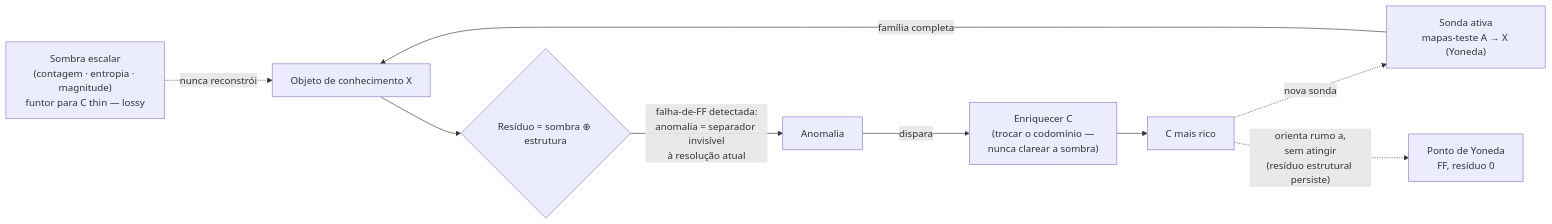
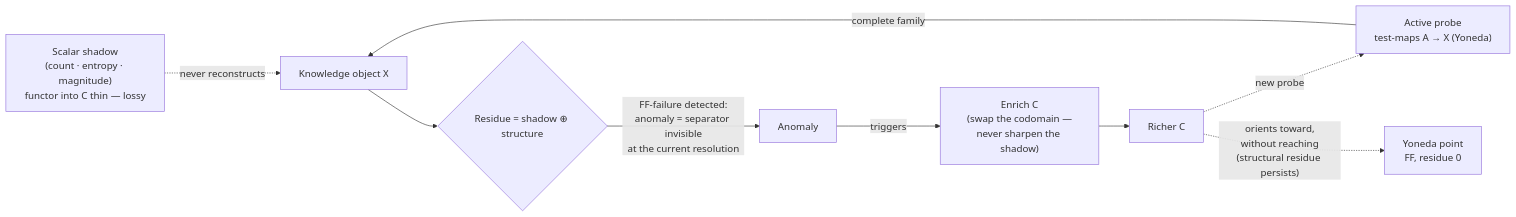
One commit to VictorBoscaro/cyberalchemy-orchestrator changed the second of 2 diagrams in README.md. Above: the diagram before and after it, drawn with Mermaid. The commit also changed other lines of this file, not shown here.

````diff
--- a/README.md
+++ b/README.md
@@ -339,11 +340,11 @@
 ```mermaid
 flowchart LR
-    S["Sombra escalar<br/>(contagem · entropia · magnitude)<br/>funtor para C thin — lossy"] -.->|"nunca reconstrói"| X["Objeto de conhecimento X"]
-    P["Sonda ativa<br/>mapas-teste A → X (Yoneda)"] -->|"família completa"| X
-    X --> R{"Resíduo = sombra ⊕ estrutura"}
-    R -->|"falha-de-FF detectada:<br/>anomalia = separador invisível<br/>à resolução atual"| A["Anomalia"]
-    A -->|"dispara"| E["Enriquecer C<br/>(trocar o codomínio —<br/>nunca clarear a sombra)"]
-    E --> C2["C mais rico"]
-    C2 -.->|"nova sonda"| P
-    C2 -.->|"orienta rumo a,<br/>sem atingir<br/>(resíduo estrutural persiste)"| Y["Ponto de Yoneda<br/>FF, resíduo 0"]
+    S["Scalar shadow<br/>(count · entropy · magnitude)<br/>functor into C thin — lossy"] -.->|"never reconstructs"| X["Knowledge object X"]
+    P["Active probe<br/>test-maps A → X (Yoneda)"] -->|"complete family"| X
+    X --> R{"Residue = shadow ⊕ structure"}
+    R -->|"FF-failure detected:<br/>anomaly = separator invisible<br/>at the current resolution"| A["Anomaly"]
+    A -->|"triggers"| E["Enrich C<br/>(swap the codomain —<br/>never sharpen the shadow)"]
+    E --> C2["Richer C"]
+    C2 -.->|"new probe"| P
+    C2 -.->|"orients toward,<br/>without reaching<br/>(structural residue persists)"| Y["Yoneda point<br/>FF, residue 0"]
 ```
````
